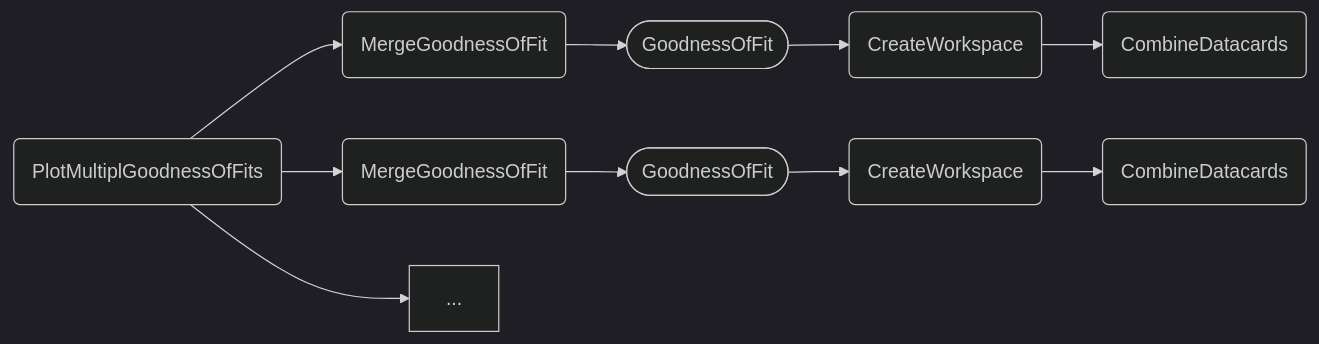
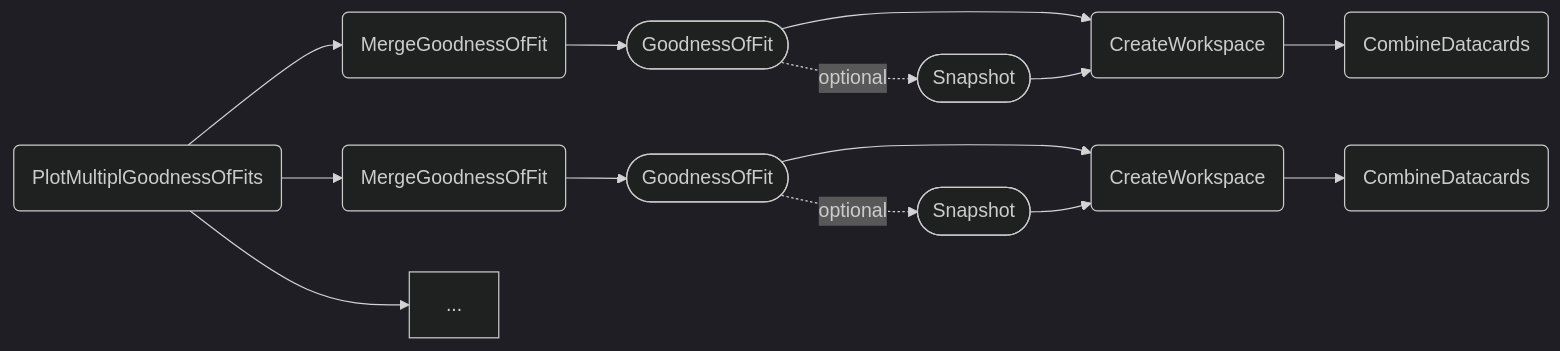
The second of 2 diagrams in docs/content/tasks/gof.md (cms-hh/inference_tools), drawn with Mermaid (dark theme) before and after one commit. The commit also changed other lines of this file and 9 other files, not shown here.

````diff
--- a/docs/content/tasks/gof.md
+++ b/docs/content/tasks/gof.md
@@ -118,12 +120,16 @@
 ```mermaid
 graph LR;
     A(PlotMultiplGoodnessOfFits) --> B1(MergeGoodnessOfFit);
     A --> B2(MergeGoodnessOfFit);
     A --> ...;
     B1 --> C1([GoodnessOfFit]);
     B2 --> C2([GoodnessOfFit]);
     C1 --> D1(CreateWorkspace);
     C2 --> D2(CreateWorkspace);
     D1 --> E1(CombineDatacards);
     D2 --> E2(CombineDatacards);
+    C1 -. optional .-> F1([Snapshot]);
+    C2 -. optional .-> F2([Snapshot]);
+    F1 --> D1;
+    F2 --> D2;
 ```
````
